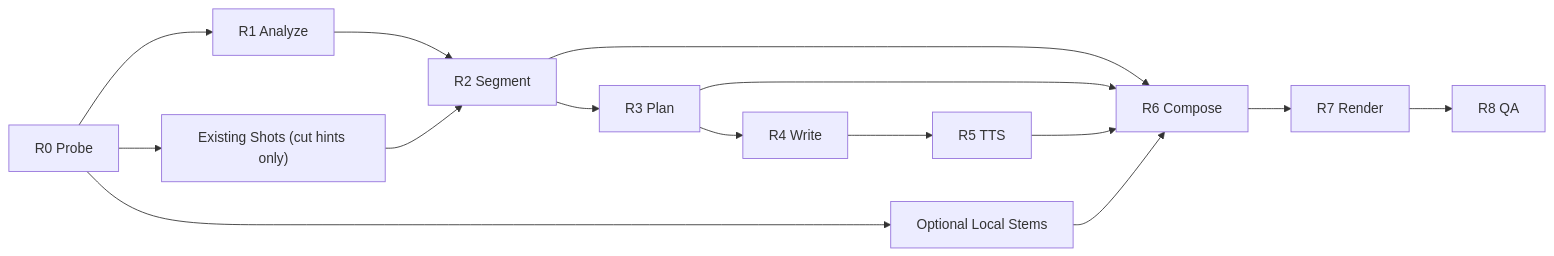
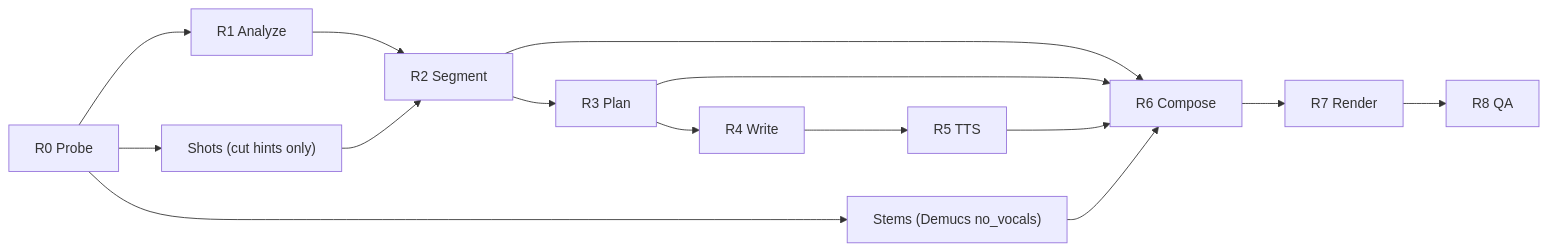
Before and after one commit to HulkBetii/Recap: the diagram in docs/reaction-remix/02-pipeline-architecture.md, drawn with Mermaid. The commit also changed other lines of this file and 113 other files, not shown here.

```diff
--- a/docs/reaction-remix/02-pipeline-architecture.md
+++ b/docs/reaction-remix/02-pipeline-architecture.md
@@ -47,17 +50,17 @@
 ~~~mermaid
 flowchart LR
     P["R0 Probe"] --> A["R1 Analyze"]
-    P --> S["Existing Shots (cut hints only)"]
-    P --> M["Optional Local Stems"]
+    P --> S["Shots (cut hints only)"]
+    P --> M["Stems (Demucs no_vocals)"]
     A --> G["R2 Segment"]
     S --> G
     G --> L["R3 Plan"]
     L --> W["R4 Write"]
     W --> T["R5 TTS"]
     G --> C["R6 Compose"]
     L --> C
     T --> C
     M --> C
     C --> R["R7 Render"]
     R --> Q["R8 QA"]
 ~~~
```
